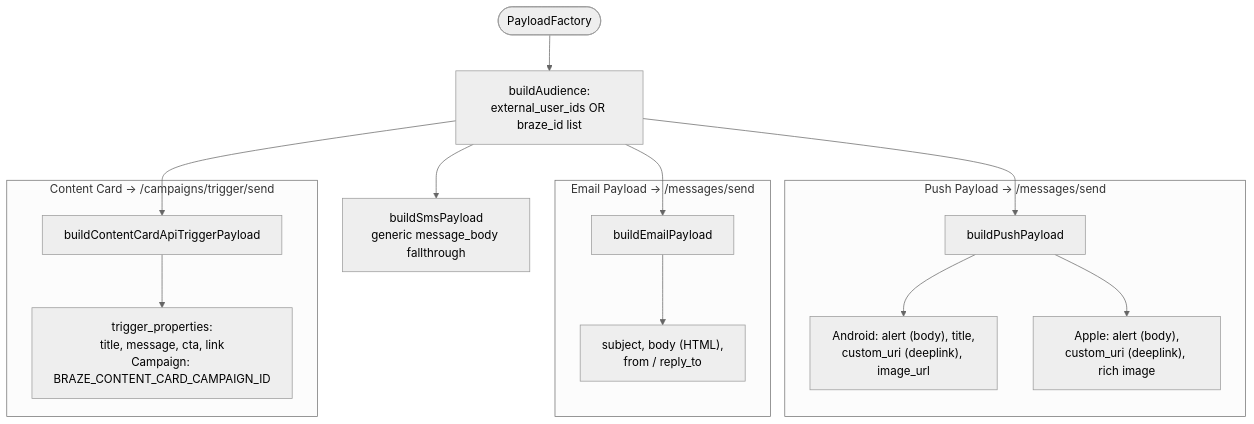
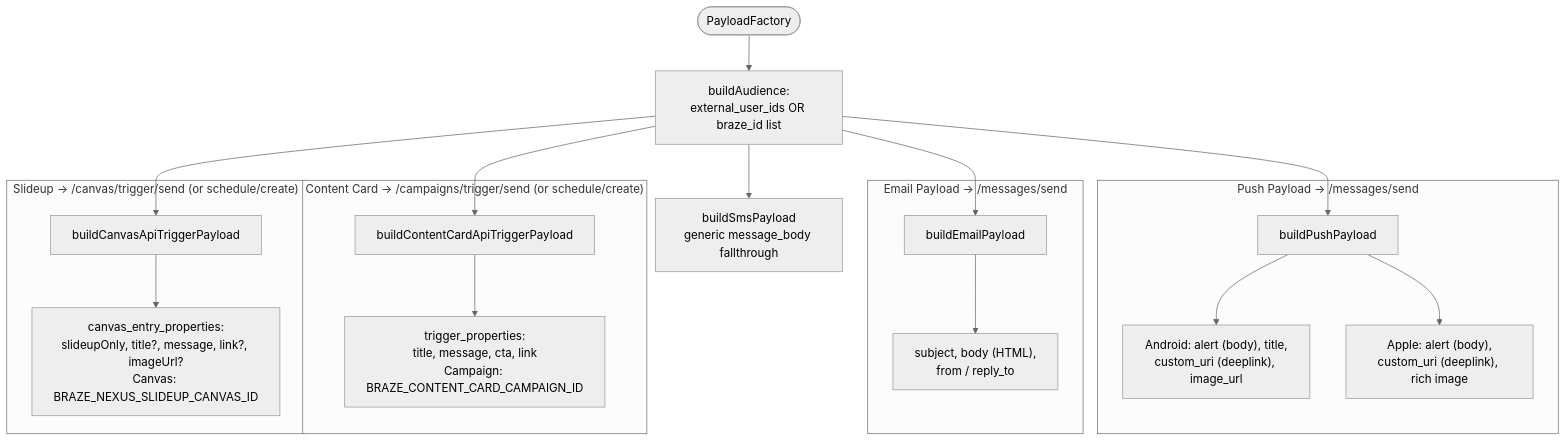
Before and after one commit to ender1311/nexusAi: the second of 3 diagrams in docs/braze-integration.md, drawn with Mermaid (neutral theme). The commit also changed other lines of this file and 5 other files, not shown here.

First line of the commit message:
fix(cron): 5 content-card + slideup send bugs — grouping key, campaign ID fallback, scheduled endpoint threshold, sendImmediately routing, missing title guard

````diff
--- a/docs/braze-integration.md
+++ b/docs/braze-integration.md
@@ -67,22 +71,27 @@
 ```mermaid
 flowchart TD
     PF([PayloadFactory]) --> AUDIENCE[buildAudience:<br/>external_user_ids OR braze_id list]
 
     AUDIENCE --> PUSH[buildPushPayload]
     AUDIENCE --> EMAIL[buildEmailPayload]
     AUDIENCE --> CC[buildContentCardApiTriggerPayload]
+    AUDIENCE --> CANVAS[buildCanvasApiTriggerPayload]
     AUDIENCE --> OTHER[buildSmsPayload<br/>generic message_body fallthrough]
 
     subgraph PUSH_DETAIL["Push Payload → /messages/send"]
         PUSH --> ANDROID["Android: alert (body), title,<br/>custom_uri (deeplink), image_url"]
         PUSH --> APPLE["Apple: alert (body),<br/>custom_uri (deeplink), rich image"]
     end
 
     subgraph EMAIL_DETAIL["Email Payload → /messages/send"]
         EMAIL --> EFIELDS["subject, body (HTML),<br/>from / reply_to"]
     end
 
-    subgraph CC_DETAIL["Content Card → /campaigns/trigger/send"]
+    subgraph CC_DETAIL["Content Card → /campaigns/trigger/send (or schedule/create)"]
         CC --> CC_TP["trigger_properties:<br/>title, message, cta, link<br/>Campaign: BRAZE_CONTENT_CARD_CAMPAIGN_ID"]
     end
+
+    subgraph CANVAS_DETAIL["Slideup → /canvas/trigger/send (or schedule/create)"]
+        CANVAS --> CANVAS_EP["canvas_entry_properties:<br/>slideupOnly, title?, message, link?, imageUrl?<br/>Canvas: BRAZE_NEXUS_SLIDEUP_CANVAS_ID"]
+    end
 ```
````
